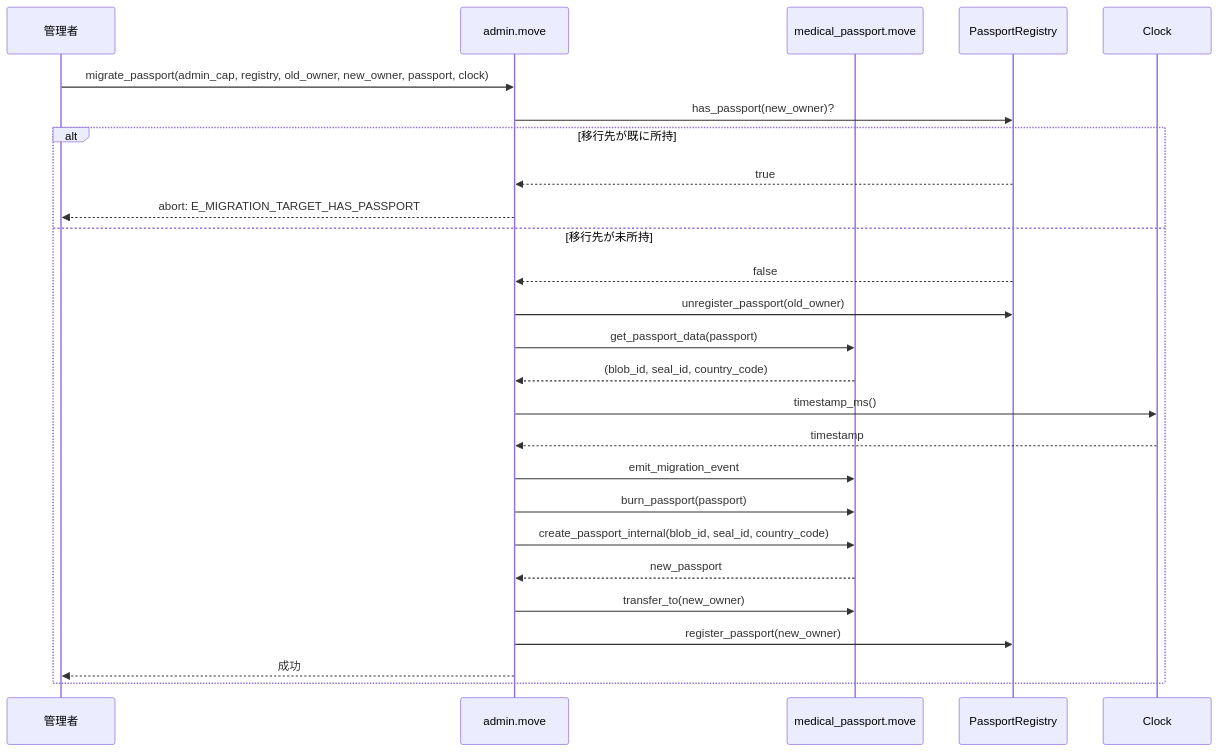
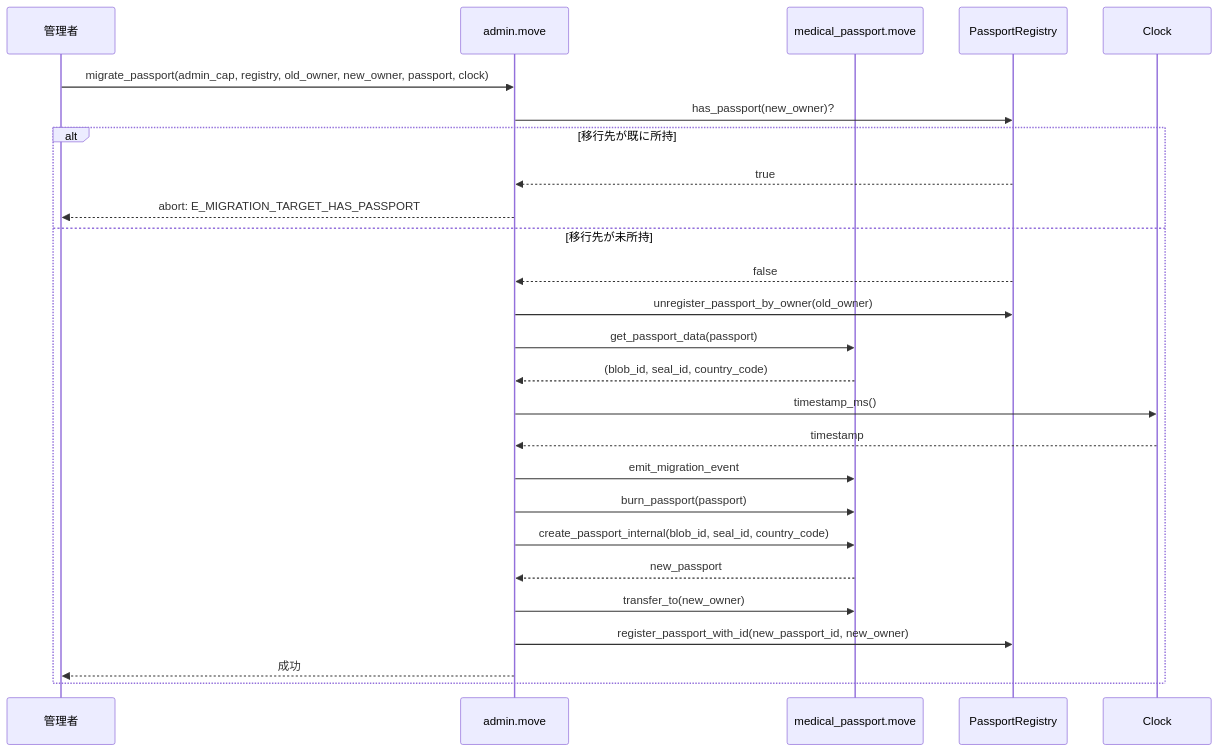
The sixth of 6 diagrams in docs/contract.md (UnagiLabs/cure_pocket), drawn with Mermaid before and after one commit. The commit also changed other lines of this file, not shown here.

````diff
--- a/docs/contract.md
+++ b/docs/contract.md
@@ -406,29 +455,29 @@
 ```mermaid
 sequenceDiagram
     participant Admin as 管理者
     participant ADM as admin.move
     participant MP as medical_passport.move
     participant REG as PassportRegistry
     participant Clock as Clock
 
     Admin->>ADM: migrate_passport(admin_cap, registry, old_owner, new_owner, passport, clock)
     ADM->>REG: has_passport(new_owner)?
     alt 移行先が既に所持
         REG-->>ADM: true
         ADM-->>Admin: abort: E_MIGRATION_TARGET_HAS_PASSPORT
     else 移行先が未所持
         REG-->>ADM: false
-        ADM->>REG: unregister_passport(old_owner)
+        ADM->>REG: unregister_passport_by_owner(old_owner)
         ADM->>MP: get_passport_data(passport)
         MP-->>ADM: (blob_id, seal_id, country_code)
         ADM->>Clock: timestamp_ms()
         Clock-->>ADM: timestamp
         ADM->>MP: emit_migration_event
         ADM->>MP: burn_passport(passport)
         ADM->>MP: create_passport_internal(blob_id, seal_id, country_code)
         MP-->>ADM: new_passport
         ADM->>MP: transfer_to(new_owner)
-        ADM->>REG: register_passport(new_owner)
+        ADM->>REG: register_passport_with_id(new_passport_id, new_owner)
         ADM-->>Admin: 成功
     end
 ```
````
